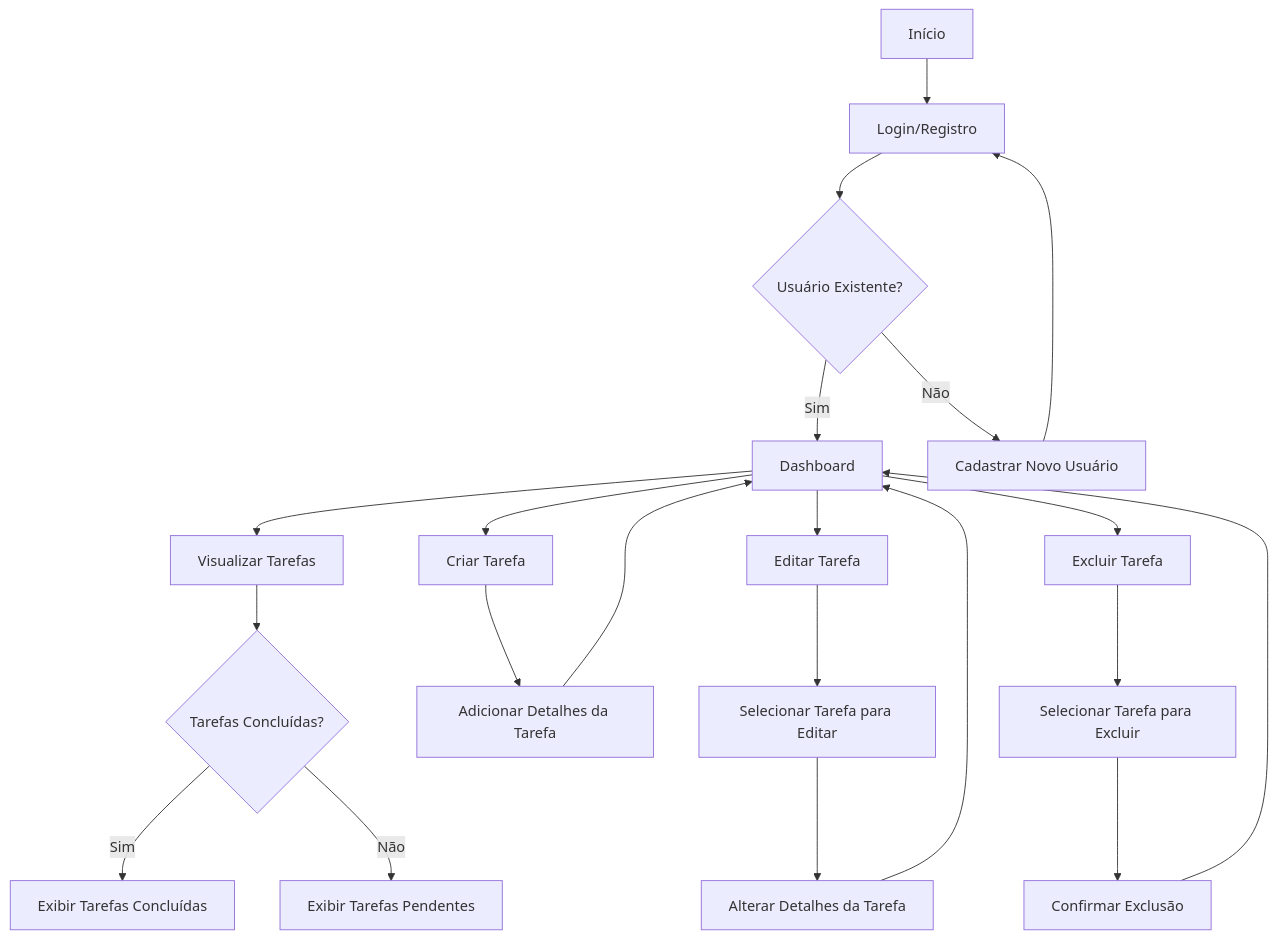
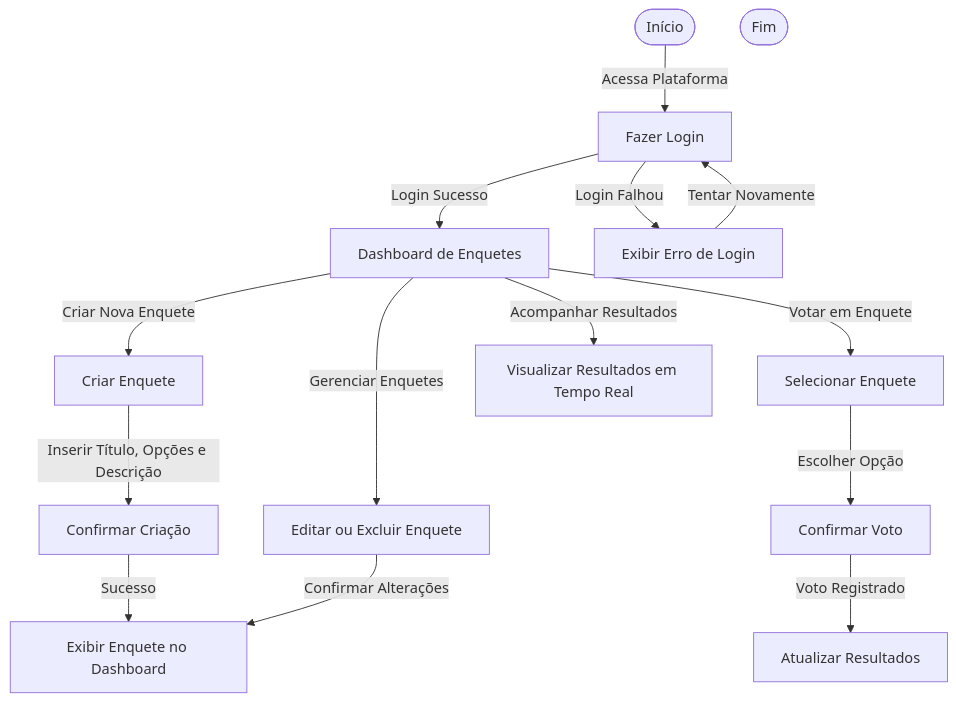
The fourth of 4 diagrams in README.md (JoaovlLima/ProjetoReactNode_ConectaCorp), drawn with Mermaid before and after one commit.

````diff
--- a/README.md
+++ b/README.md
@@ -186,28 +186,22 @@
 ```mermaid
 flowchart TD
-    A[Início] --> B[Login/Registro]
-    B --> C{Usuário Existente?}
-    C -->|Sim| D[Dashboard]
-    C -->|Não| E[Cadastrar Novo Usuário]
-    E --> B
-
-    D --> F[Visualizar Tarefas]
-    D --> G[Criar Tarefa]
-    D --> H[Editar Tarefa]
-    D --> I[Excluir Tarefa]
-
-    F --> J{Tarefas Concluídas?}
-    J -->|Sim| K[Exibir Tarefas Concluídas]
-    J -->|Não| L[Exibir Tarefas Pendentes]
-
-    G --> M[Adicionar Detalhes da Tarefa]
-    M --> D
-
-    H --> N[Selecionar Tarefa para Editar]
-    N --> O[Alterar Detalhes da Tarefa]
-    O --> D
-
-    I --> P[Selecionar Tarefa para Excluir]
-    P --> Q[Confirmar Exclusão]
-    Q --> D
+    Start([Início]) --> |Acessa Plataforma| A[Fazer Login]
+    A -->|Login Sucesso| B[Dashboard de Enquetes]
+    A -->|Login Falhou| C[Exibir Erro de Login]
+    C -->|Tentar Novamente| A
+    
+    B -->|Criar Nova Enquete| D[Criar Enquete]
+    D -->|Inserir Título, Opções e Descrição| E[Confirmar Criação]
+    E -->|Sucesso| F[Exibir Enquete no Dashboard]
+    
+    B -->|Votar em Enquete| G[Selecionar Enquete]
+    G -->|Escolher Opção| H[Confirmar Voto]
+    H -->|Voto Registrado| I[Atualizar Resultados]
+    
+    B -->|Acompanhar Resultados| J[Visualizar Resultados em Tempo Real]
+    
+    B -->|Gerenciar Enquetes| K[Editar ou Excluir Enquete]
+    K -->|Confirmar Alterações| F
+    
+    End([Fim])
 ```
````
